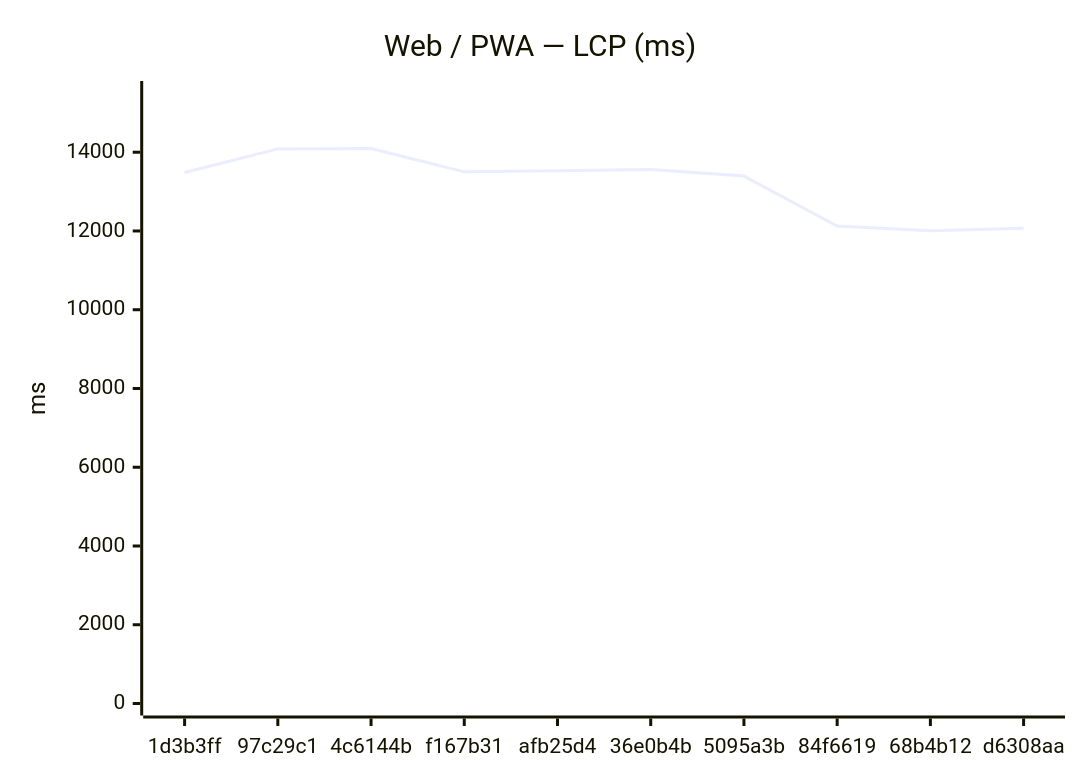
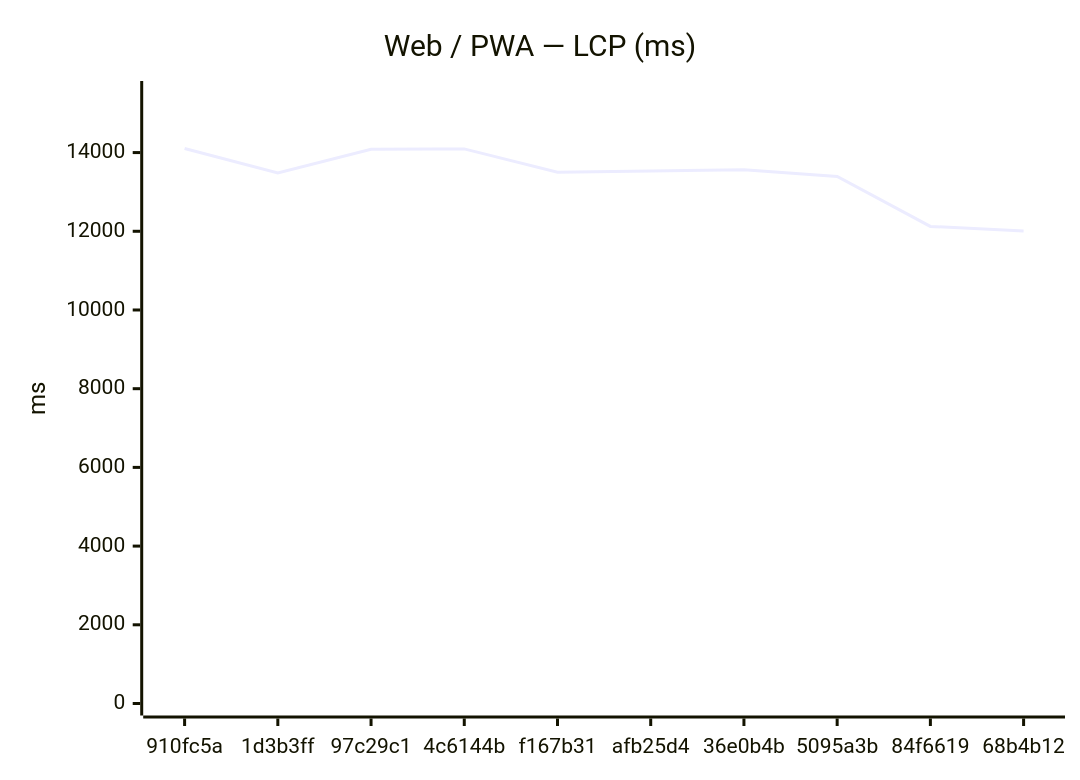
The first of 18 diagrams in benchmarks/compare.md (Metaheurist/Rianell), drawn with Mermaid before and after one commit. The commit also changed other lines of this file and 11 other files, not shown here.

````diff
--- a/benchmarks/compare.md
+++ b/benchmarks/compare.md
@@ -24,7 +24,7 @@
 ```mermaid
 xychart-beta
     title "Web / PWA — LCP (ms)"
-    x-axis ["1d3b3ff", "97c29c1", "4c6144b", "f167b31", "afb25d4", "36e0b4b", "5095a3b", "84f6619", "68b4b12", "d6308aa"]
-    y-axis "ms" 0 --> 15504
-    line [13484, 14084, 14094, 13501, 13531, 13563, 13394, 12124, 12007, 12072]
+    x-axis ["910fc5a", "1d3b3ff", "97c29c1", "4c6144b", "f167b31", "afb25d4", "36e0b4b", "5095a3b", "84f6619", "68b4b12"]
+    y-axis "ms" 0 --> 15514
+    line [14103, 13484, 14084, 14094, 13501, 13531, 13563, 13394, 12124, 12007]
 ```
````
